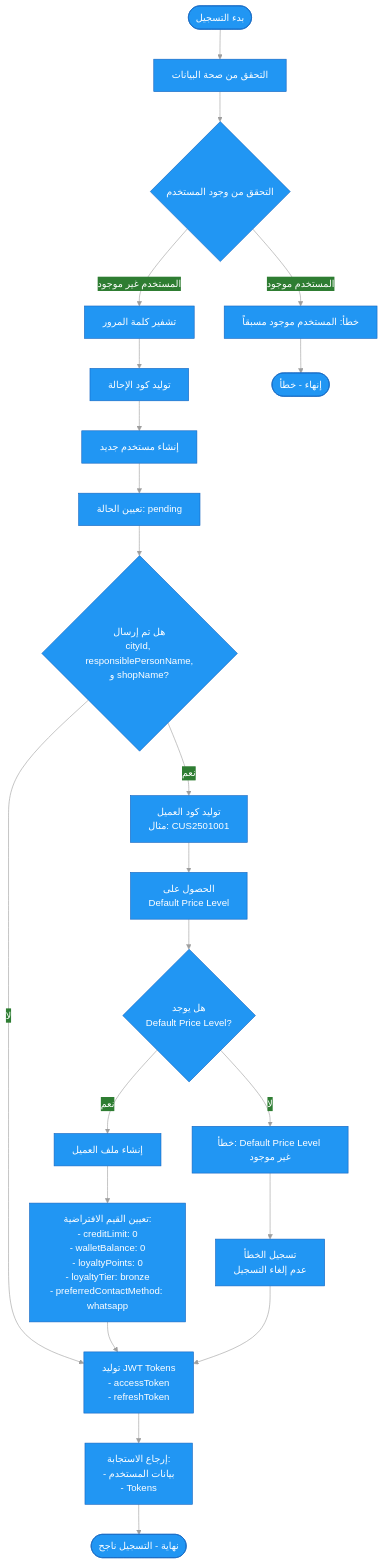
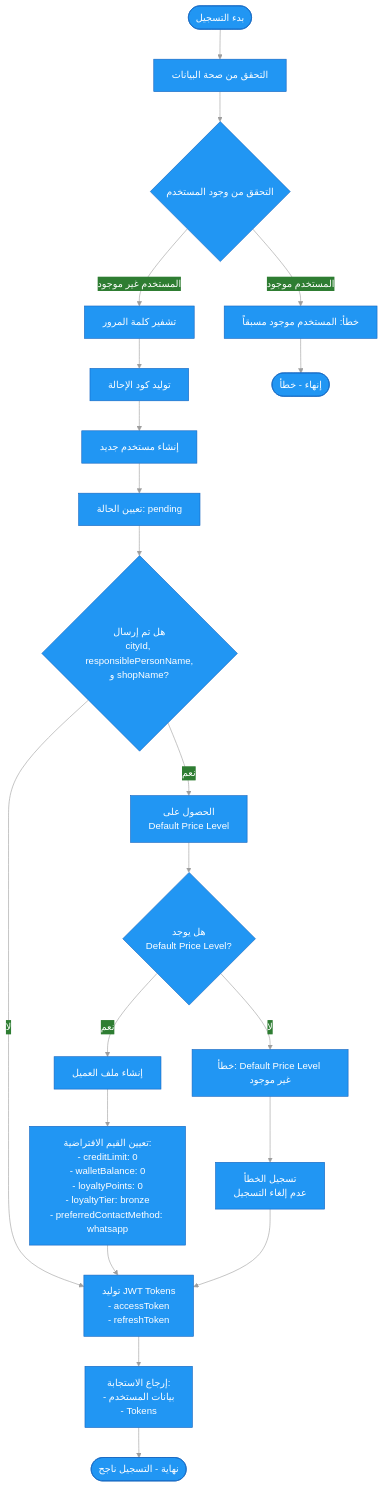
Before and after one commit to Abdualsslam/tras_phone: the diagram in docs/customer-registration-flow.md, drawn with Mermaid. The commit also changed other lines of this file and 14 other files, not shown here.

First line of the commit message:
Refactor customer model and API to remove customerCode

````diff
--- a/docs/customer-registration-flow.md
+++ b/docs/customer-registration-flow.md
@@ -63,36 +63,34 @@
 ```mermaid
 %%{init: {'theme':'base', 'themeVariables': {'primaryTextColor':'#ffffff', 'primaryColor':'#2196F3', 'primaryBorderColor':'#1565C0', 'lineColor':'#9E9E9E', 'secondaryColor':'#2E7D32', 'tertiaryColor':'#F44336'}}}%%
 flowchart TD
     Start([بدء التسجيل]) --> Validate[التحقق من صحة البيانات]
     Validate --> CheckExists{التحقق من وجود المستخدم}
-    
+
     CheckExists -->|المستخدم موجود| Error1[خطأ: المستخدم موجود مسبقاً]
     CheckExists -->|المستخدم غير موجود| HashPassword[تشفير كلمة المرور]
-    
+
     HashPassword --> GenerateReferral[توليد كود الإحالة]
     GenerateReferral --> CreateUser[إنشاء مستخدم جديد]
-    
+
     CreateUser --> SetStatus[تعيين الحالة: pending]
     SetStatus --> CheckCustomerFields{هل تم إرسال<br/>cityId, responsiblePersonName,<br/>و shopName?}
-    
+
     CheckCustomerFields -->|لا| GenerateTokens
-    CheckCustomerFields -->|نعم| GenerateCustomerCode[توليد كود العميل<br/>مثال: CUS2501001]
-    
-    GenerateCustomerCode --> GetPriceLevel[الحصول على<br/>Default Price Level]
+    CheckCustomerFields -->|نعم| GetPriceLevel[الحصول على<br/>Default Price Level]
     GetPriceLevel --> CheckPriceLevel{هل يوجد<br/>Default Price Level?}
-    
+
     CheckPriceLevel -->|لا| Error2[خطأ: Default Price Level غير موجود]
     CheckPriceLevel -->|نعم| CreateCustomer[إنشاء ملف العميل]
-    
+
     CreateCustomer --> SetDefaults[تعيين القيم الافتراضية:<br/>- creditLimit: 0<br/>- walletBalance: 0<br/>- loyaltyPoints: 0<br/>- loyaltyTier: bronze<br/>- preferredContactMethod: whatsapp]
-    
+
     SetDefaults --> GenerateTokens[توليد JWT Tokens<br/>- accessToken<br/>- refreshToken]
-    
+
     GenerateTokens --> ReturnResponse[إرجاع الاستجابة:<br/>- بيانات المستخدم<br/>- Tokens]
-    
+
     ReturnResponse --> End([نهاية - التسجيل ناجح])
-    
+
     Error1 --> EndError([إنهاء - خطأ])
     Error2 --> LogError[تسجيل الخطأ<br/>عدم إلغاء التسجيل]
     LogError --> GenerateTokens
 ```
````
